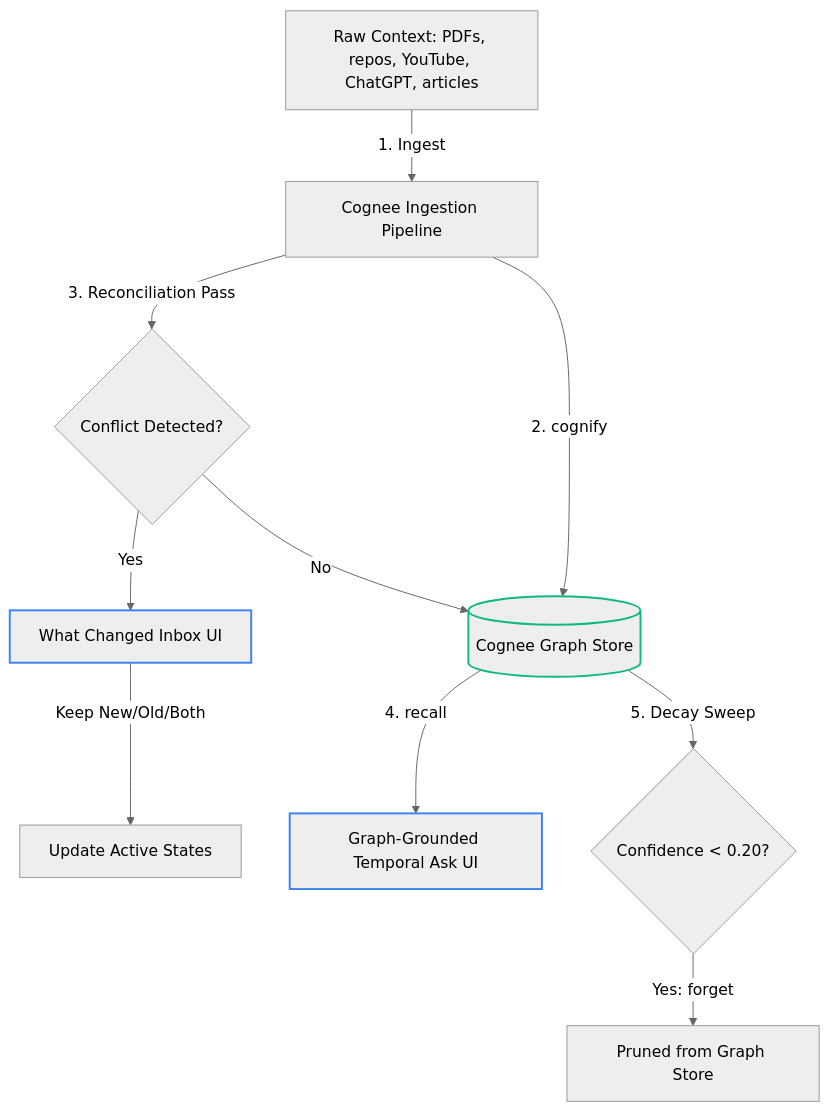
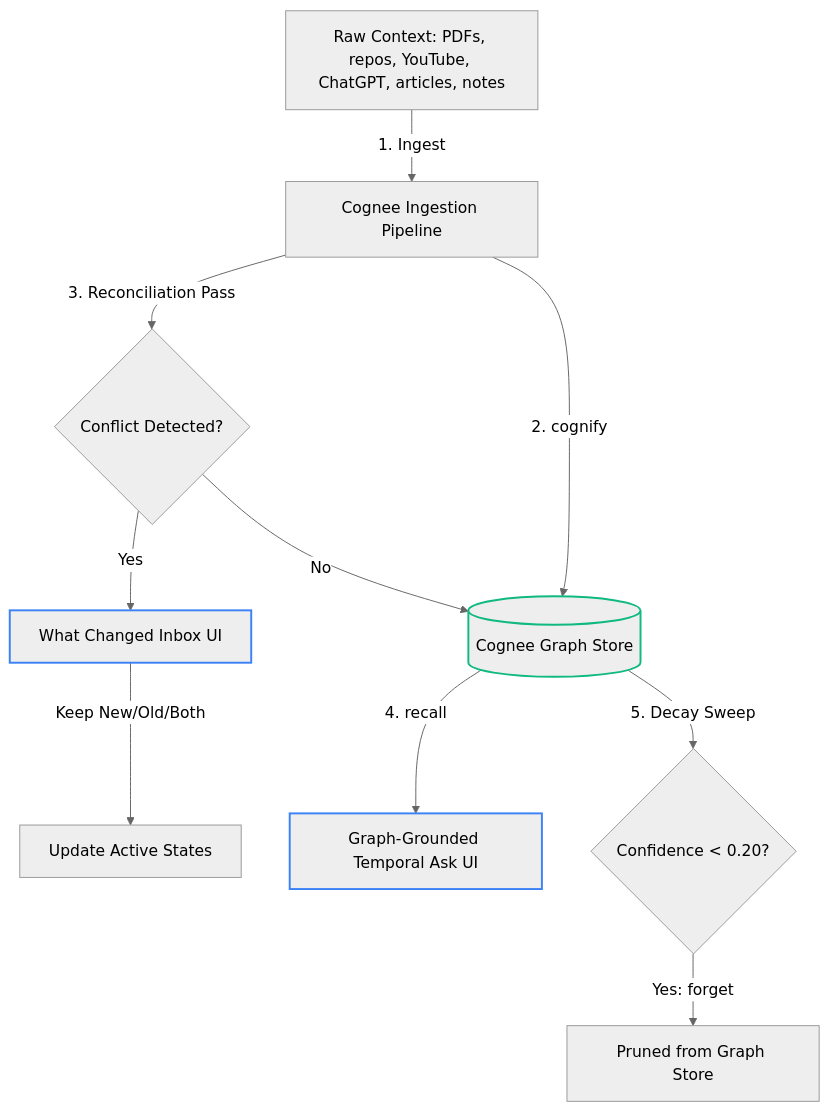
Before and after one commit to Aditya060806/Engram: the fourth of 12 diagrams in README.md, drawn with Mermaid (neutral theme). The commit also changed other lines of this file, not shown here.

Commit message:
docs(readme): comprehensive rewrite with architecture, data model, charts, API reference

````diff
--- a/README.md
+++ b/README.md
@@ -57,18 +244,18 @@
 ```mermaid
 graph TD
     classDef highlight stroke:#3b82f6,stroke-width:2px;
     classDef database stroke:#10b981,stroke-width:2px;
     
-    Raw[Raw Context: PDFs, repos, YouTube, ChatGPT, articles] -->|1. Ingest| Ingestion[Cognee Ingestion Pipeline]
+    Raw[Raw Context: PDFs, repos, YouTube, ChatGPT, articles, notes] -->|1. Ingest| Ingestion[Cognee Ingestion Pipeline]
     Ingestion -->|2. cognify| GraphDb[(Cognee Graph Store)]:::database
     Ingestion -->|3. Reconciliation Pass| ContradictionJudge{Conflict Detected?}
     
     ContradictionJudge -->|Yes| ConflictInbox[What Changed Inbox UI]:::highlight
     ContradictionJudge -->|No| GraphDb
     
     ConflictInbox -->|Keep New/Old/Both| ResolveAction[Update Active States]
     GraphDb -->|4. recall| AskChat[Graph-Grounded Temporal Ask UI]:::highlight
     
     GraphDb -->|5. Decay Sweep| Degradation{Confidence < 0.20?}
     Degradation -->|Yes: forget| ForgetAction[Pruned from Graph Store]
 ```
````
